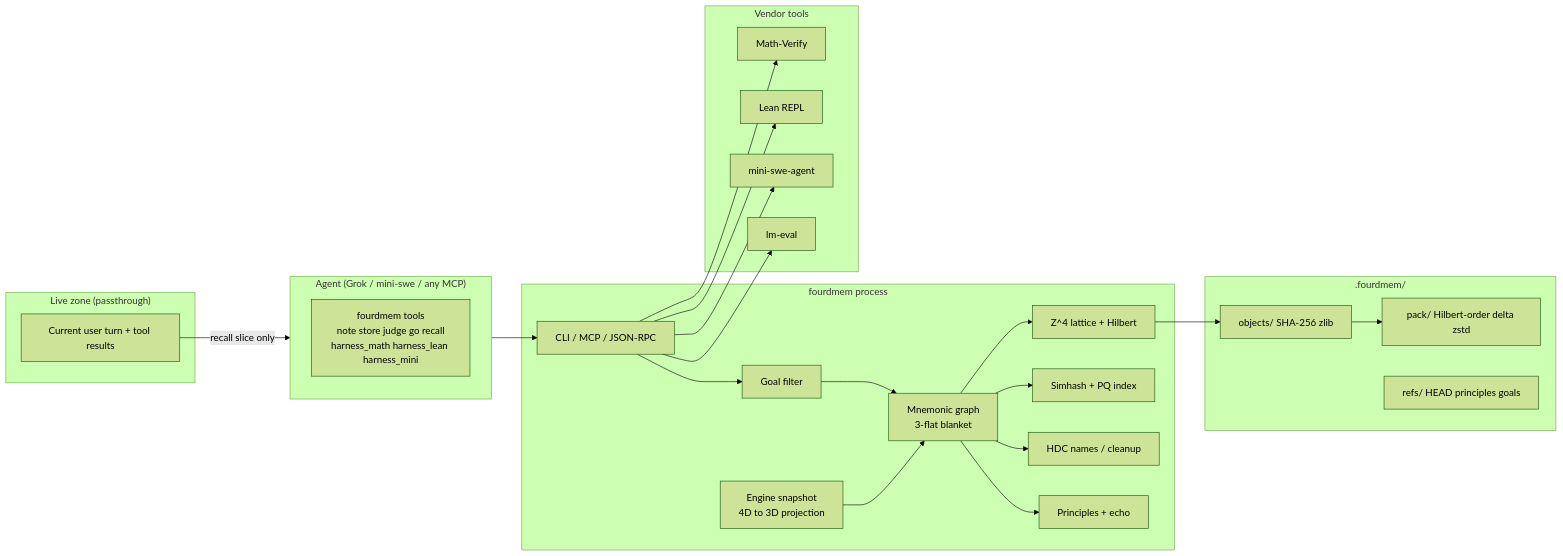
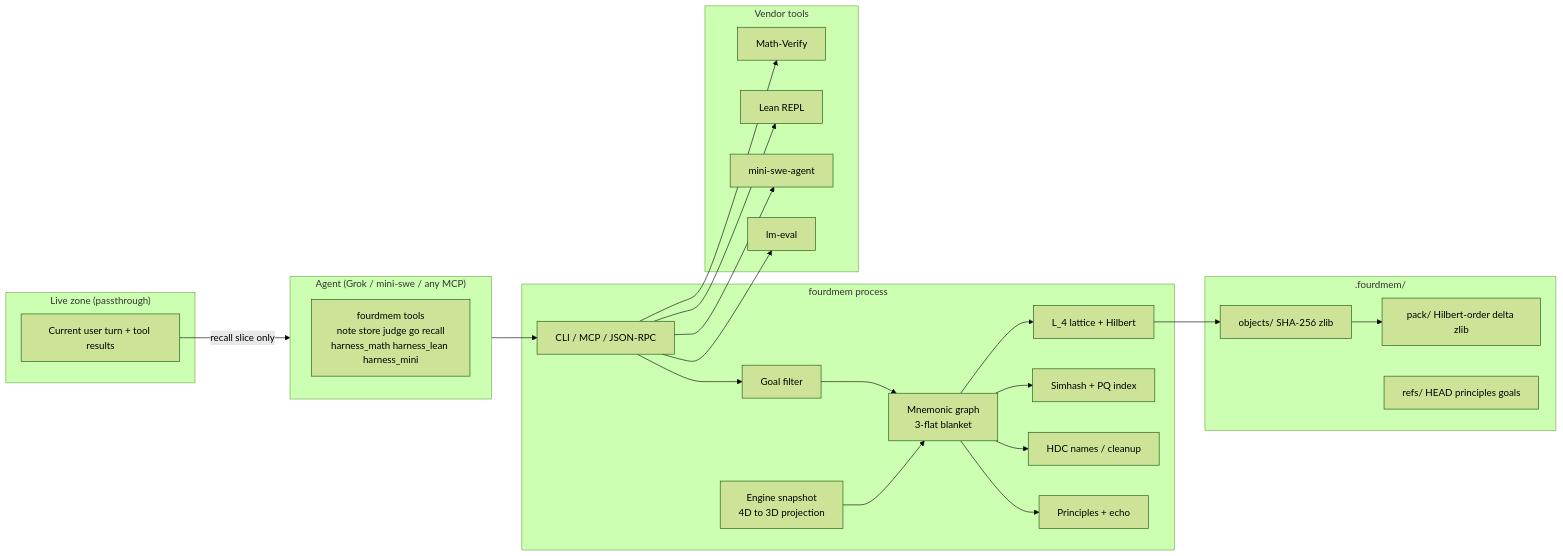
One commit to born-lucky/4d-memory changed the first of 2 diagrams in docs/DESIGN.md. Above: the diagram before and after it, drawn with Mermaid (forest theme). The commit also changed other lines of this file and 5 other files, not shown here.

````diff
--- a/docs/DESIGN.md
+++ b/docs/DESIGN.md
@@ -116,48 +134,48 @@
 ```mermaid
 flowchart LR
   subgraph Agent["Agent (Grok / mini-swe / any MCP)"]
     Tools["fourdmem tools\nnote store judge go recall\nharness_math harness_lean harness_mini"]
   end
 
   subgraph Live["Live zone (passthrough)"]
     Prompt["Current user turn + tool results"]
   end
 
   subgraph Harness["fourdmem process"]
     API["CLI / MCP / JSON-RPC"]
     Goal["Goal filter"]
     Palace["Mnemonic graph\n3-flat blanket"]
-    Lattice["Z^4 lattice + Hilbert"]
+    Lattice["L_4 lattice + Hilbert"]
     PQ["Simhash + PQ index"]
     VSA["HDC names / cleanup"]
     Prin["Principles + echo"]
     Eng["Engine snapshot\n4D to 3D projection"]
   end
 
   subgraph Disk[".fourdmem/"]
     CAS["objects/ SHA-256 zlib"]
-    Pack["pack/ Hilbert-order delta zstd"]
+    Pack["pack/ Hilbert-order delta zlib"]
     Refs["refs/ HEAD principles goals"]
   end
 
   subgraph Vendor["Vendor tools"]
     MV["Math-Verify"]
     Lean["Lean REPL"]
     Mini["mini-swe-agent"]
     LME["lm-eval"]
   end
 
   Agent --> API
   Prompt -->|"recall slice only"| Agent
   API --> Goal --> Palace --> Lattice
   Palace --> PQ
   Palace --> VSA
   Palace --> Prin
   Lattice --> CAS
   CAS --> Pack
   Eng --> Palace
   API --> MV
   API --> Lean
   API --> Mini
   API --> LME
 ```
````
